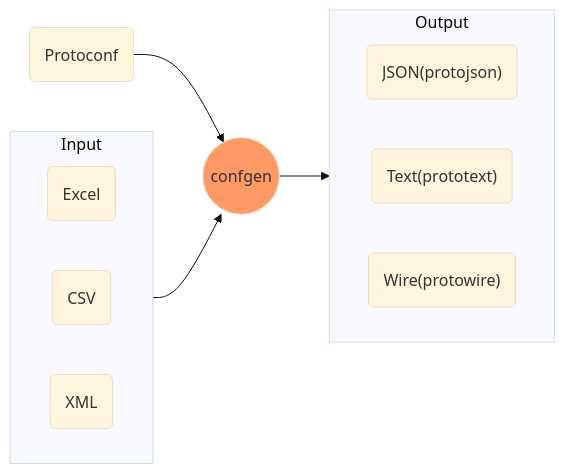
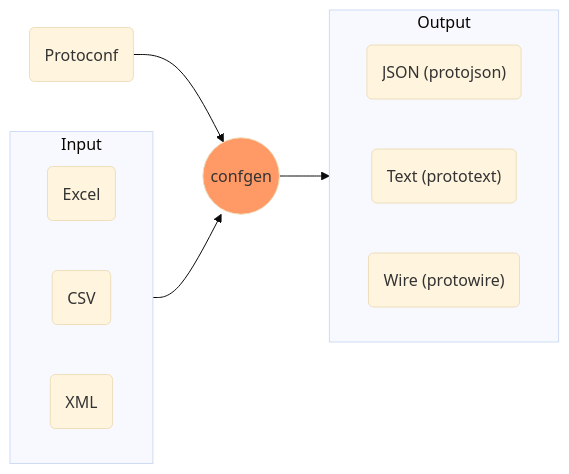
The second of 2 diagrams in content/en/docs/prologue/introduction.md (tableauio/tableauio.github.io), drawn with Mermaid (base theme) before and after one commit. The commit also changed other lines of this file and 7 other files, not shown here.

````diff
--- a/content/en/docs/prologue/introduction.md
+++ b/content/en/docs/prologue/introduction.md
@@ -38,21 +38,21 @@
 ```mermaid
 flowchart LR
   subgraph Input
     direction RL
     I1(Excel)
     I2(CSV)
     I3(XML)
   end
   
   Input --> B
   A(Protoconf) --> B
   B((confgen)):::orangecalss --> Output
   classDef orangecalss fill:#f96;
   
   subgraph Output
     direction RL
-    O1("JSON(protojson)")
-    O2("Text(prototext)")
-    O3("Wire(protowire)")
+    O1("JSON (protojson)")
+    O2("Text (prototext)")
+    O3("Wire (protowire)")
   end
 ```
````
